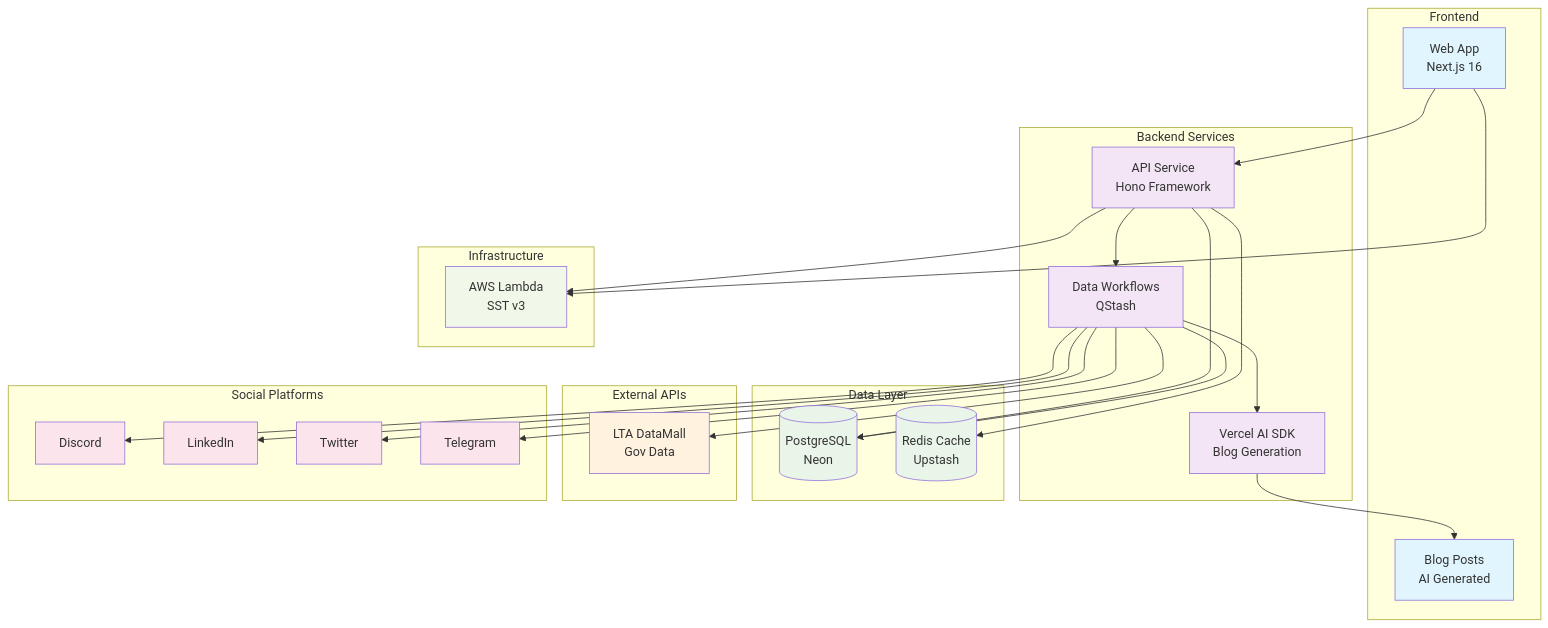
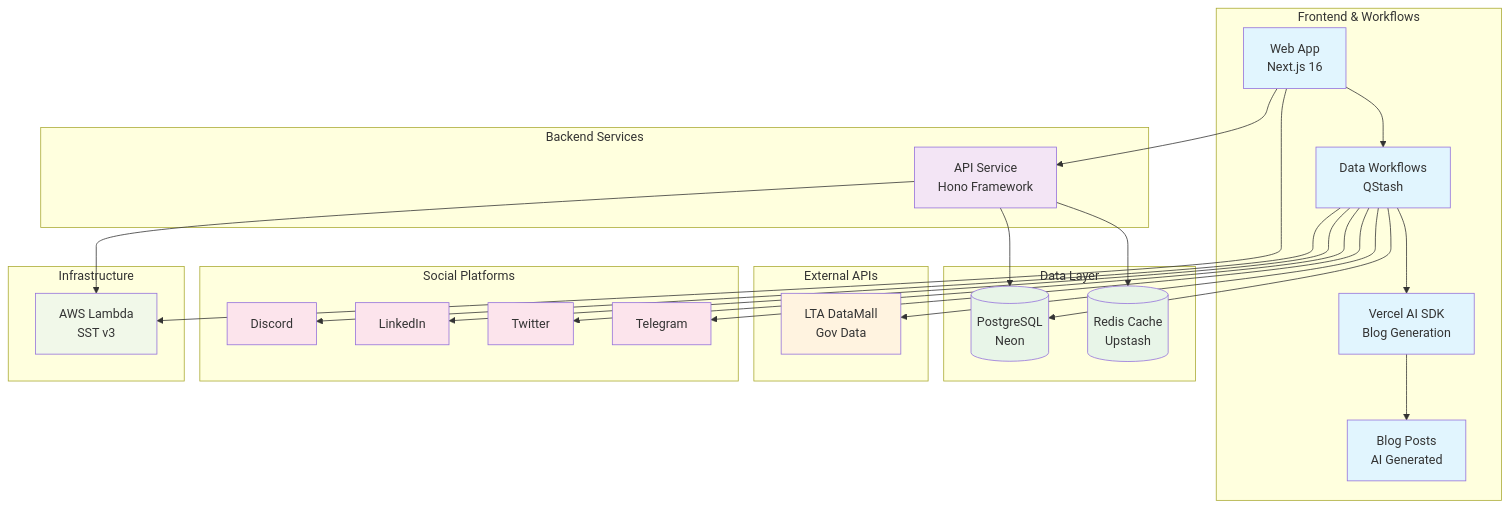
Before and after one commit to sgcarstrends/sgcarstrends: the diagram in README.md, drawn with Mermaid. The commit also changed other lines of this file and 1 other file, not shown here.

````diff
--- a/README.md
+++ b/README.md
@@ -18,65 +18,65 @@
 ```mermaid
 graph TB
-    subgraph "Frontend"
+    subgraph "Frontend & Workflows"
         WEB[Web App<br/>Next.js 16]
         BLOG[Blog Posts<br/>AI Generated]
-    end
-    
-    subgraph "Backend Services"
-        API[API Service<br/>Hono Framework]
         WORKFLOWS[Data Workflows<br/>QStash]
         LLM[Vercel AI SDK<br/>Blog Generation]
     end
-    
+
+    subgraph "Backend Services"
+        API[API Service<br/>Hono Framework]
+    end
+
     subgraph "Data Layer"
         DB[(PostgreSQL<br/>Neon)]
         REDIS[(Redis Cache<br/>Upstash)]
     end
-    
+
     subgraph "External APIs"
         LTA[LTA DataMall<br/>Gov Data]
     end
-    
+
     subgraph "Social Platforms"
         DISCORD[Discord]
         LINKEDIN[LinkedIn]
         TWITTER[Twitter]
         TELEGRAM[Telegram]
     end
-    
+
     subgraph "Infrastructure"
         AWS[AWS Lambda<br/>SST v3]
     end
-    
+
     WEB --> API
+    WEB --> WORKFLOWS
     API --> DB
     API --> REDIS
-    API --> WORKFLOWS
-    
+
     WORKFLOWS --> LTA
     WORKFLOWS --> DB
     WORKFLOWS --> LLM
     LLM --> BLOG
-    
+
     WORKFLOWS --> DISCORD
-    WORKFLOWS --> LINKEDIN  
+    WORKFLOWS --> LINKEDIN
     WORKFLOWS --> TWITTER
     WORKFLOWS --> TELEGRAM
-    
+
     API --> AWS
     WEB --> AWS
-    
+
     classDef frontend fill:#e1f5fe
     classDef backend fill:#f3e5f5
     classDef data fill:#e8f5e8
     classDef external fill:#fff3e0
     classDef social fill:#fce4ec
     classDef infra fill:#f1f8e9
-    
-    class WEB,BLOG frontend
-    class API,WORKFLOWS,LLM backend
+
+    class WEB,BLOG,WORKFLOWS,LLM frontend
+    class API backend
     class DB,REDIS data
     class LTA external
     class DISCORD,LINKEDIN,TWITTER,TELEGRAM social
     class AWS infra
 ```
````
